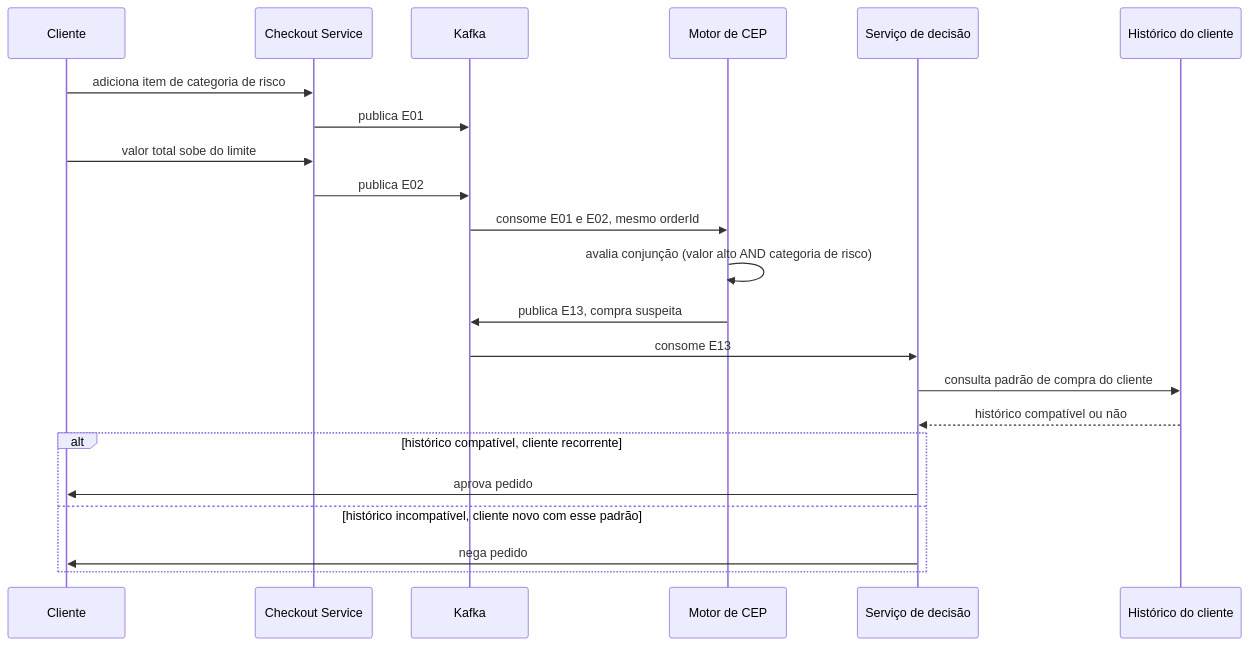
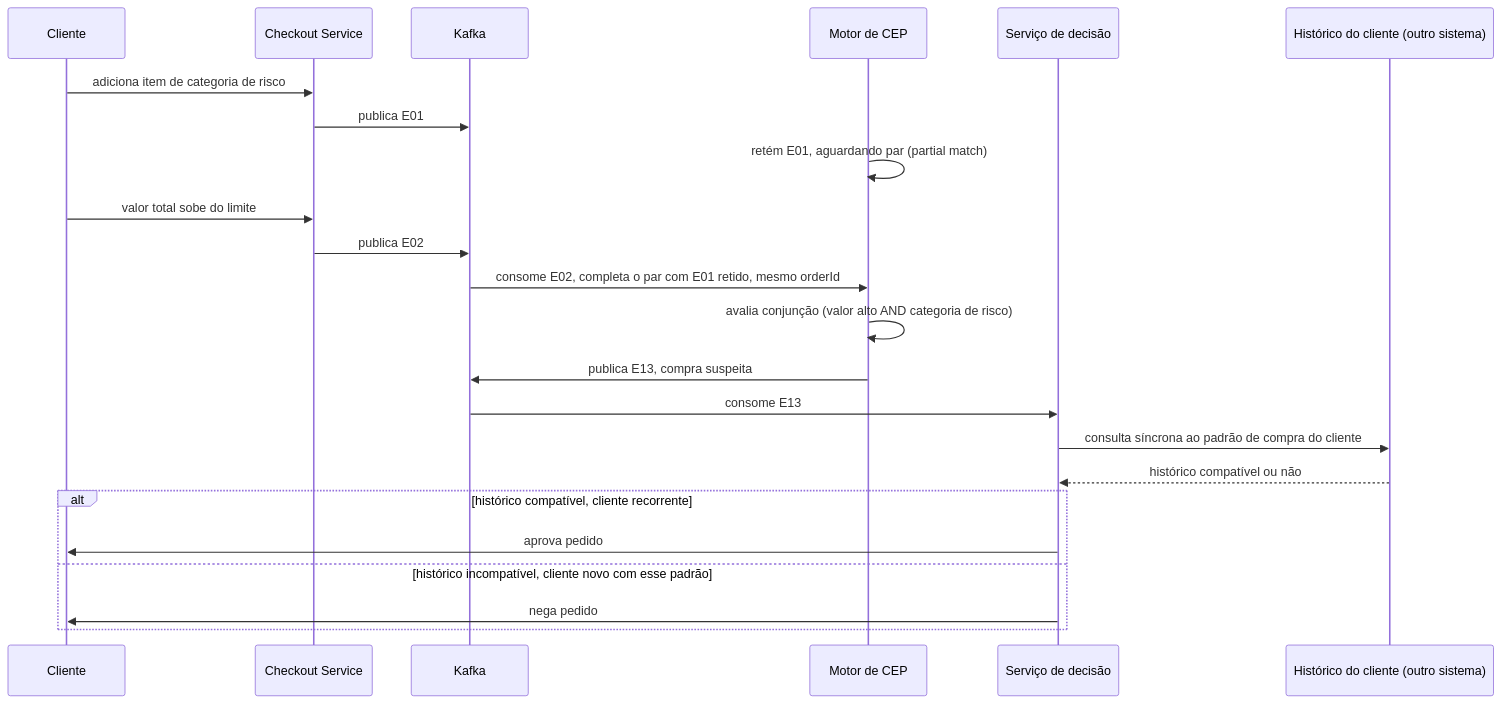
The fourth of 6 diagrams in ponderada-cep-antifraude.md (AndreLobo1/scsdscd), drawn with Mermaid before and after one commit. The commit also changed other lines of this file, not shown here.

````diff
--- a/ponderada-cep-antifraude.md
+++ b/ponderada-cep-antifraude.md
@@ -203,25 +329,26 @@
 ```mermaid
 sequenceDiagram
     participant Cliente
     participant Checkout as Checkout Service
     participant Kafka
     participant CEP as Motor de CEP
     participant Decisao as Serviço de decisão
-    participant Historico as Histórico do cliente
+    participant Historico as Histórico do cliente (outro sistema)
 
     Cliente->>Checkout: adiciona item de categoria de risco
     Checkout->>Kafka: publica E01
+    CEP->>CEP: retém E01, aguardando par (partial match)
     Cliente->>Checkout: valor total sobe do limite
     Checkout->>Kafka: publica E02
-    Kafka->>CEP: consome E01 e E02, mesmo orderId
+    Kafka->>CEP: consome E02, completa o par com E01 retido, mesmo orderId
     CEP->>CEP: avalia conjunção (valor alto AND categoria de risco)
     CEP->>Kafka: publica E13, compra suspeita
     Kafka->>Decisao: consome E13
-    Decisao->>Historico: consulta padrão de compra do cliente
+    Decisao->>Historico: consulta síncrona ao padrão de compra do cliente
     Historico-->>Decisao: histórico compatível ou não
     alt histórico compatível, cliente recorrente
         Decisao->>Cliente: aprova pedido
     else histórico incompatível, cliente novo com esse padrão
         Decisao->>Cliente: nega pedido
     end
 ```
````
